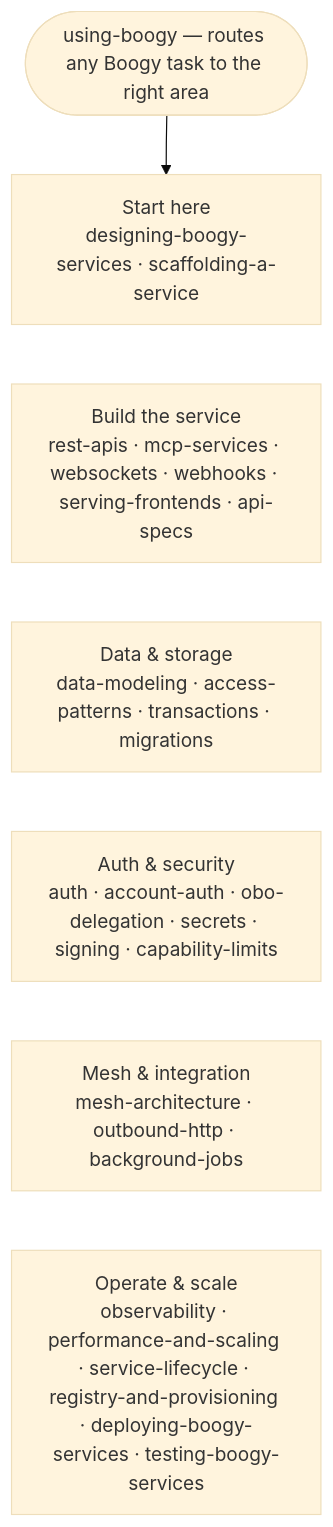
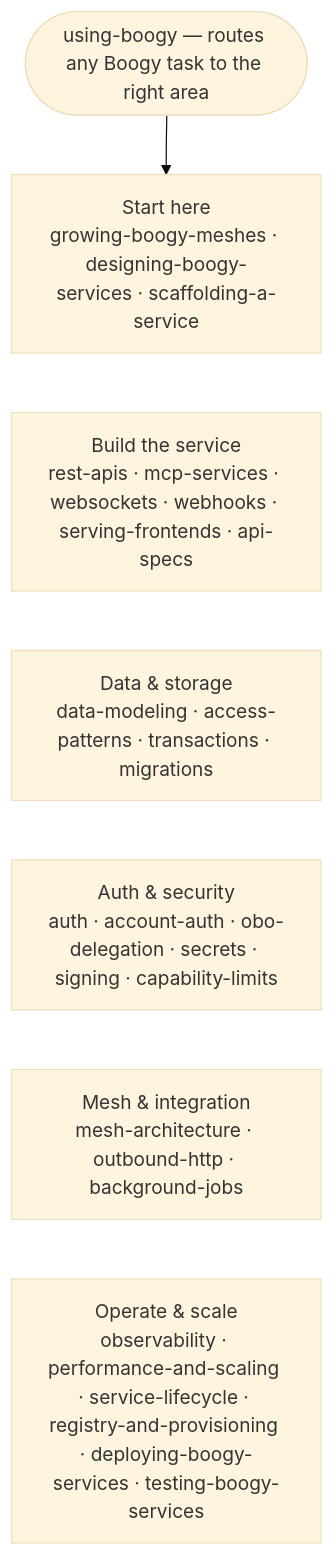
One commit to Boogy-ai/boogy-superpowers changed the diagram in README.md. Above: the diagram before and after it, drawn with Mermaid (base theme). The commit also changed other lines of this file and 3 other files, not shown here.

````diff
--- a/README.md
+++ b/README.md
@@ -139,12 +140,12 @@
 ```mermaid
 flowchart TB
     U(["using-boogy — routes any Boogy task to the right area"])
     U --> A
-    A["Start here<br/>designing-boogy-services · scaffolding-a-service"]
+    A["Start here<br/>growing-boogy-meshes · designing-boogy-services · scaffolding-a-service"]
     B["Build the service<br/>rest-apis · mcp-services · websockets · webhooks · serving-frontends · api-specs"]
     C["Data & storage<br/>data-modeling · access-patterns · transactions · migrations"]
     D["Auth & security<br/>auth · account-auth · obo-delegation · secrets · signing · capability-limits"]
     E["Mesh & integration<br/>mesh-architecture · outbound-http · background-jobs"]
     F["Operate & scale<br/>observability · performance-and-scaling · service-lifecycle · registry-and-provisioning · deploying-boogy-services · testing-boogy-services"]
     A ~~~ B ~~~ C ~~~ D ~~~ E ~~~ F
 ```
````
